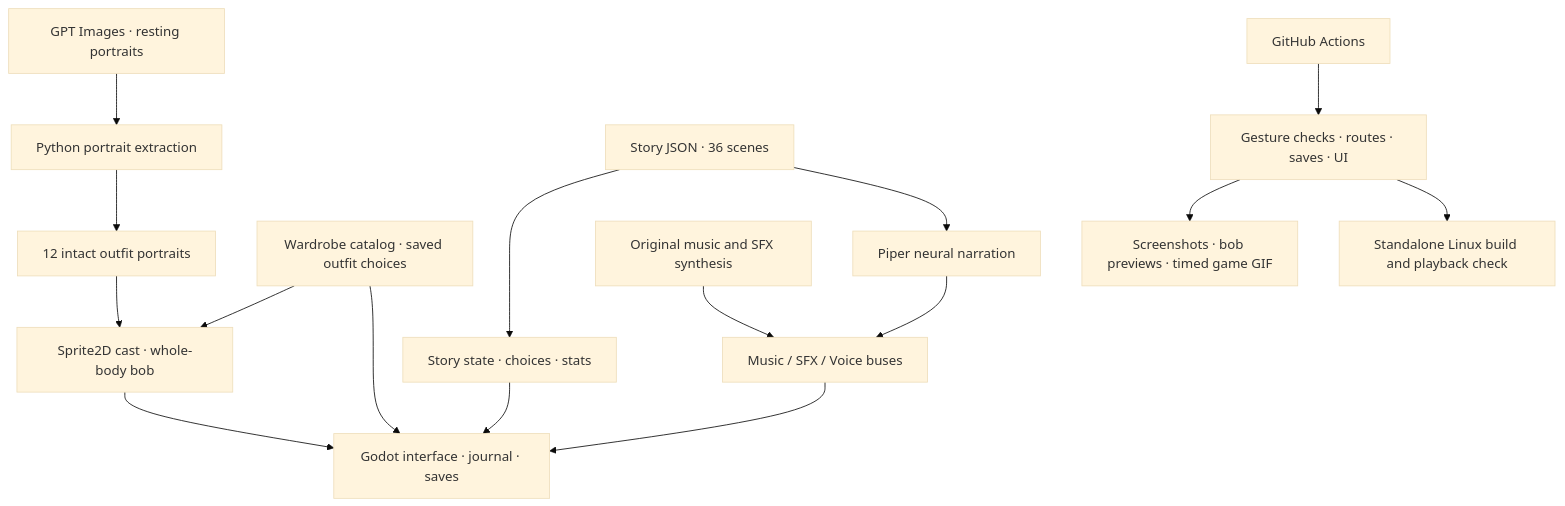
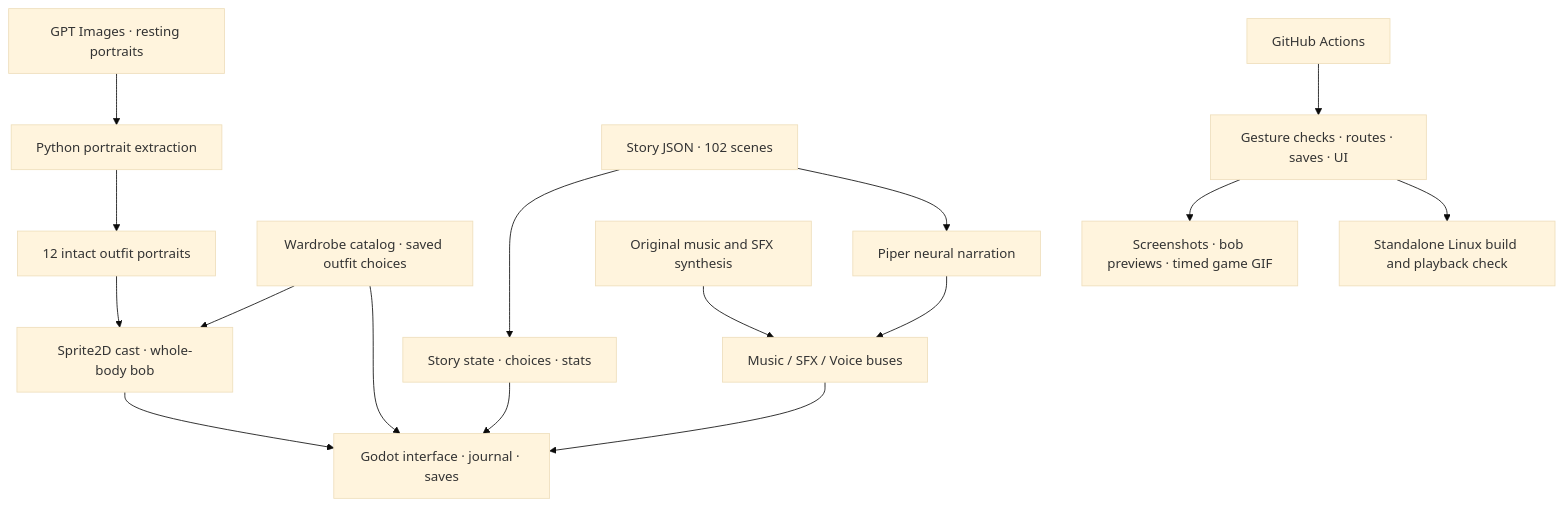
The diagram in README.md (jgyy/octxian), drawn with Mermaid (base theme) before and after one commit. The commit also changed other lines of this file and 14 other files, not shown here.

````diff
--- a/README.md
+++ b/README.md
@@ -100,18 +119,18 @@
 ```mermaid
 flowchart TD
     GPT["GPT Images · resting portraits"] --> Prep["Python portrait extraction"]
     Prep --> Portraits["12 intact outfit portraits"]
     Portraits --> Cast["Sprite2D cast · whole-body bob"]
-    JSON["Story JSON · 36 scenes"] --> State["Story state · choices · stats"]
+    JSON["Story JSON · 102 scenes"] --> State["Story state · choices · stats"]
     State --> UI["Godot interface · journal · saves"]
     Wardrobe["Wardrobe catalog · saved outfit choices"] --> Cast
     Wardrobe --> UI
     Cast --> UI
     JSON --> Piper["Piper neural narration"]
     Synth["Original music and SFX synthesis"] --> Audio["Music / SFX / Voice buses"]
     Piper --> Audio
     Audio --> UI
     CI["GitHub Actions"] --> Verify["Gesture checks · routes · saves · UI"]
     Verify --> Capture["Screenshots · bob previews · timed game GIF"]
     Verify --> Build["Standalone Linux build and playback check"]
 ```
````
